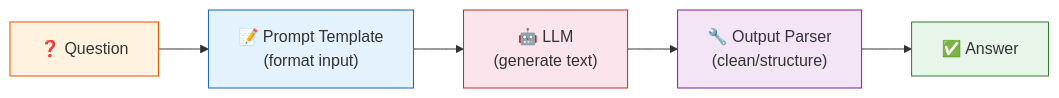
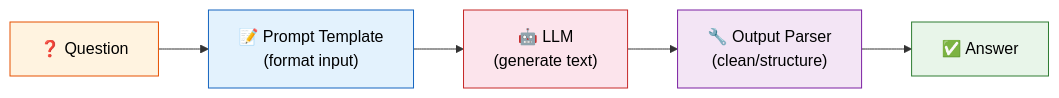
The first of 4 diagrams in 05_chains/README.md (remolaan/Agentic-AI-Cookbook), drawn with Mermaid before and after one commit. The commit also changed other lines of this file and 45 other files, not shown here.

Commit message:
Fix Mermaid diagram text colors for readability across all READMEs

````diff
--- a/05_chains/README.md
+++ b/05_chains/README.md
@@ -9,13 +9,13 @@
 ```mermaid
 flowchart LR
     Q["❓ Question"] --> P["📝 Prompt Template<br/>(format input)"]
     P --> M["🤖 LLM<br/>(generate text)"]
     M --> R["🔧 Output Parser<br/>(clean/structure)"]
     R --> A["✅ Answer"]
     
-    style Q fill:#fff3e0,stroke:#e65100
-    style P fill:#e3f2fd,stroke:#1565c0
-    style M fill:#fce4ec,stroke:#c62828
-    style R fill:#f3e5f5,stroke:#7b1fa2
-    style A fill:#e8f5e9,stroke:#2e7d32
+    style Q fill:#fff3e0,stroke:#e65100,color:#000000
+    style P fill:#e3f2fd,stroke:#1565c0,color:#000000
+    style M fill:#fce4ec,stroke:#c62828,color:#000000
+    style R fill:#f3e5f5,stroke:#7b1fa2,color:#000000
+    style A fill:#e8f5e9,stroke:#2e7d32,color:#000000
 ```
````
